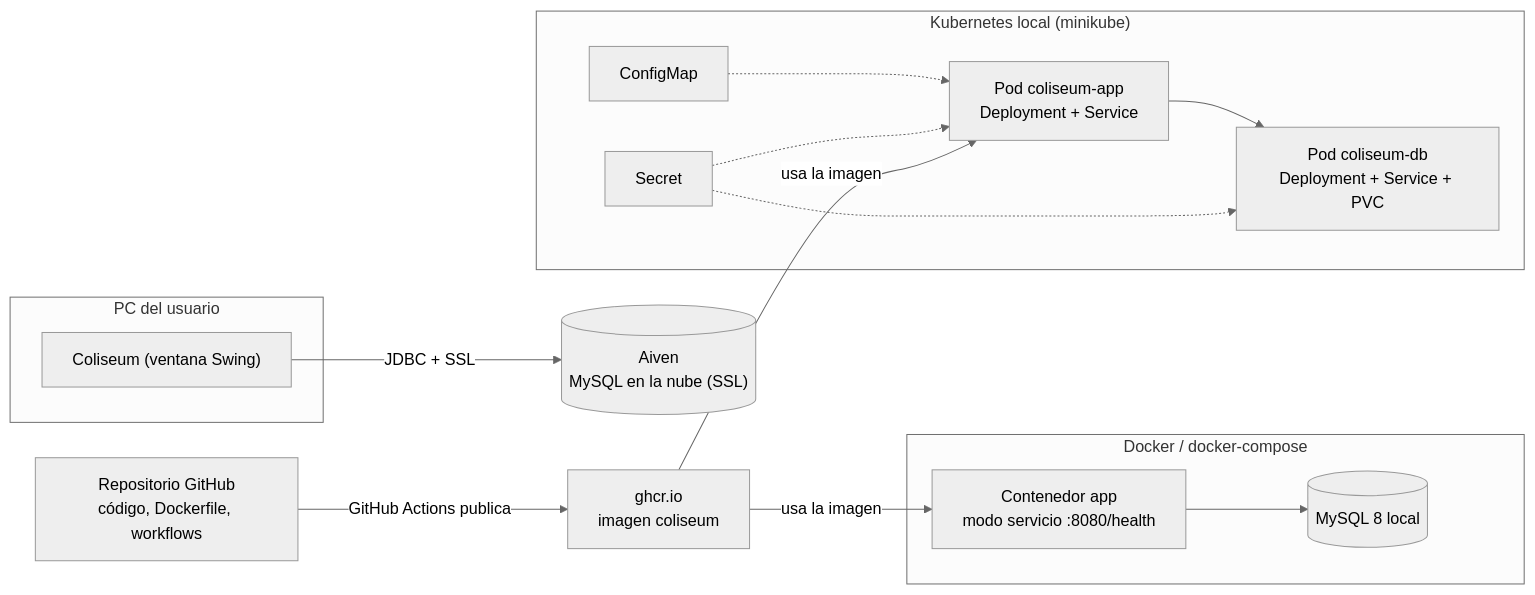
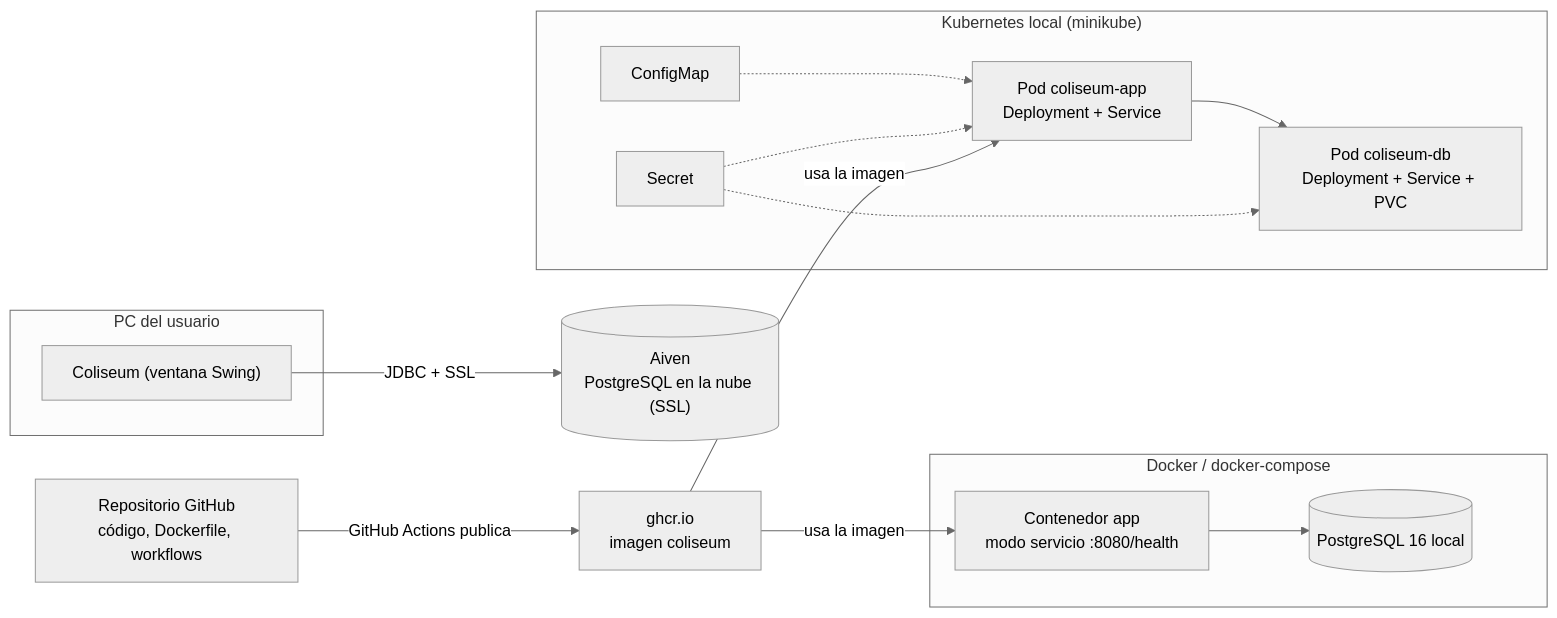
Before and after one commit to RodillaOff/Coliseum: the first of 2 diagrams in docs/diagramas/arquitectura.md, drawn with Mermaid (neutral theme). The commit also changed other lines of this file and 30 other files, not shown here.

Commit message:
Migración a PostgreSQL (Aiven) y actualización de documentación

````diff
--- a/docs/diagramas/arquitectura.md
+++ b/docs/diagramas/arquitectura.md
@@ -5,29 +5,29 @@
 ```mermaid
 flowchart LR
     subgraph PC["PC del usuario"]
         GUI["Coliseum (ventana Swing)"]
     end
     subgraph Local["Docker / docker-compose"]
         APP["Contenedor app<br/>modo servicio :8080/health"]
-        DBL[("MySQL 8 local")]
+        DBL[("PostgreSQL 16 local")]
     end
     subgraph K8S["Kubernetes local (minikube)"]
         PODA["Pod coliseum-app<br/>Deployment + Service"]
         PODD["Pod coliseum-db<br/>Deployment + Service + PVC"]
         CM["ConfigMap"]
         SEC["Secret"]
     end
-    AIVEN[("Aiven<br/>MySQL en la nube (SSL)")]
+    AIVEN[("Aiven<br/>PostgreSQL en la nube (SSL)")]
     GH["Repositorio GitHub<br/>código, Dockerfile, workflows"]
     GHCR["ghcr.io<br/>imagen coliseum"]
 
     GUI -- "JDBC + SSL" --> AIVEN
     APP --> DBL
     PODA --> PODD
     CM -.-> PODA
     SEC -.-> PODA
     SEC -.-> PODD
     GH -- "GitHub Actions publica" --> GHCR
     GHCR -- "usa la imagen" --> APP
     GHCR -- "usa la imagen" --> PODA
 ```
````
